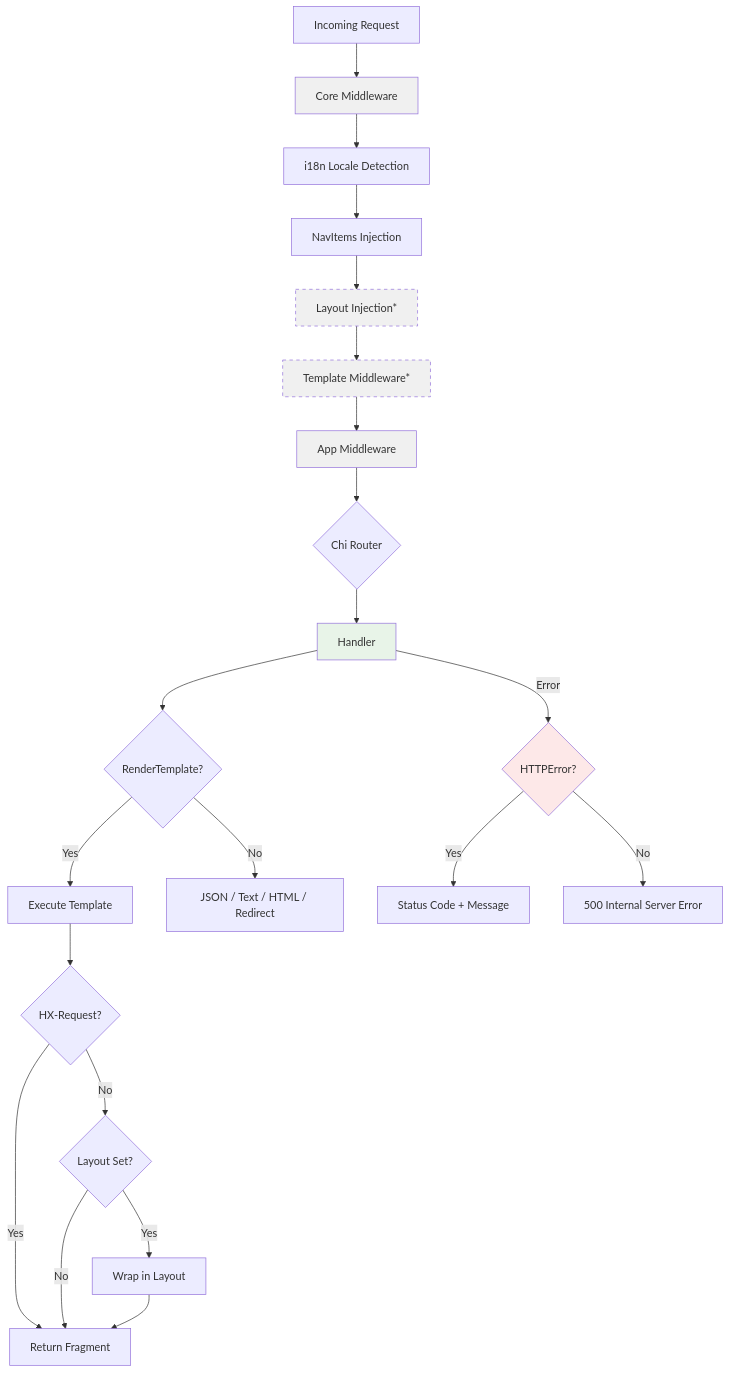
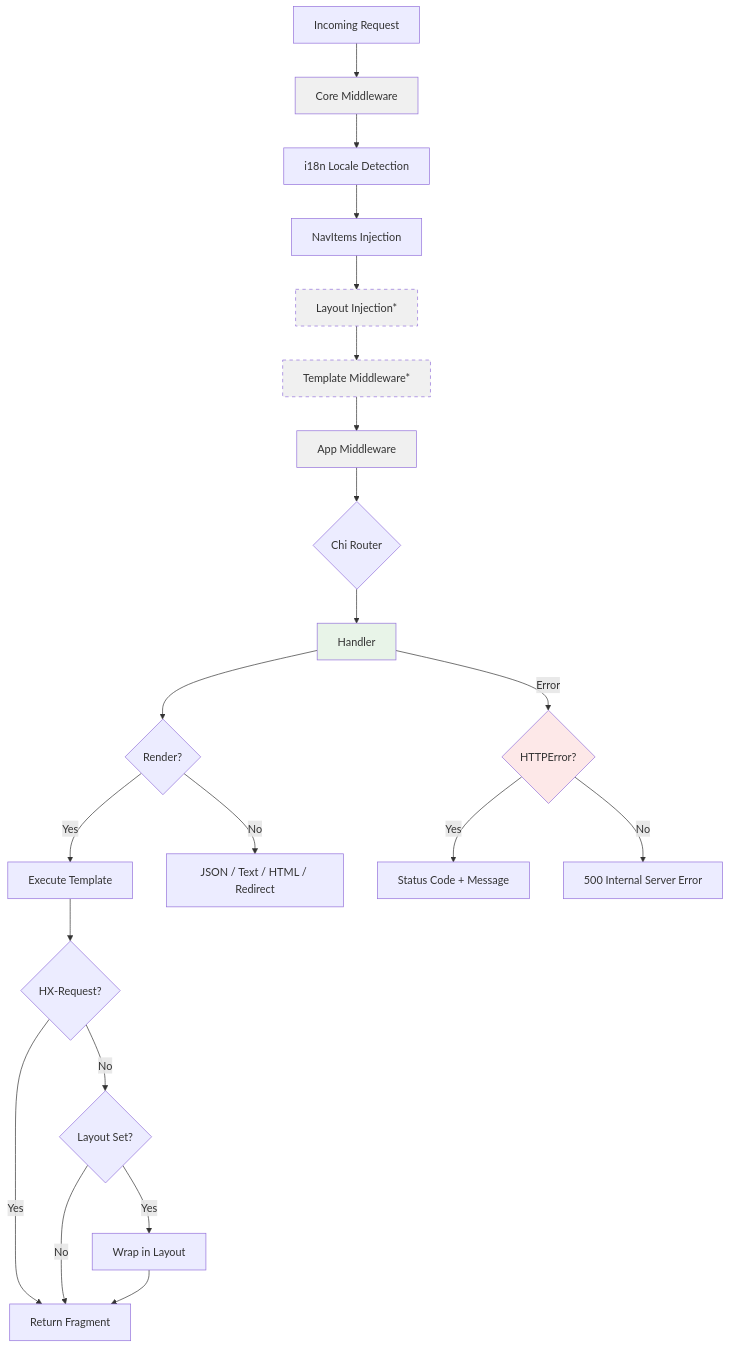
One commit to oliverandrich/burrow changed the diagram in docs/guide/routing.md. Above: the diagram before and after it, drawn with Mermaid. The commit also changed other lines of this file and 34 other files, not shown here.

First line of the commit message:
feat!: rename RenderTemplate to Render, add go:fix inline shim

````diff
--- a/docs/guide/routing.md
+++ b/docs/guide/routing.md
@@ -9,30 +9,30 @@
 ```mermaid
 flowchart TD
     A[Incoming Request] --> B[Core Middleware]
     B --> C[i18n Locale Detection]
     C --> D[NavItems Injection]
     D --> E[Layout Injection*]
     E --> F[Template Middleware*]
     F --> G[App Middleware]
     G --> H{Chi Router}
     H --> I[Handler]
-    I --> J{RenderTemplate?}
+    I --> J{Render?}
     J -- Yes --> K[Execute Template]
     K --> L{HX-Request?}
     L -- Yes --> M[Return Fragment]
     L -- No --> N{Layout Set?}
     N -- Yes --> O[Wrap in Layout]
     N -- No --> M
     O --> M
     J -- No --> P[JSON / Text / HTML / Redirect]
     I -- Error --> Q{HTTPError?}
     Q -- Yes --> R[Status Code + Message]
     Q -- No --> S[500 Internal Server Error]
 
     style B fill:#f0f0f0,color:#333
     style E fill:#f0f0f0,color:#333,stroke-dasharray: 5 5
     style F fill:#f0f0f0,color:#333,stroke-dasharray: 5 5
     style G fill:#f0f0f0,color:#333
     style I fill:#e8f4e8,color:#333
     style Q fill:#fde8e8,color:#333
 ```
````
